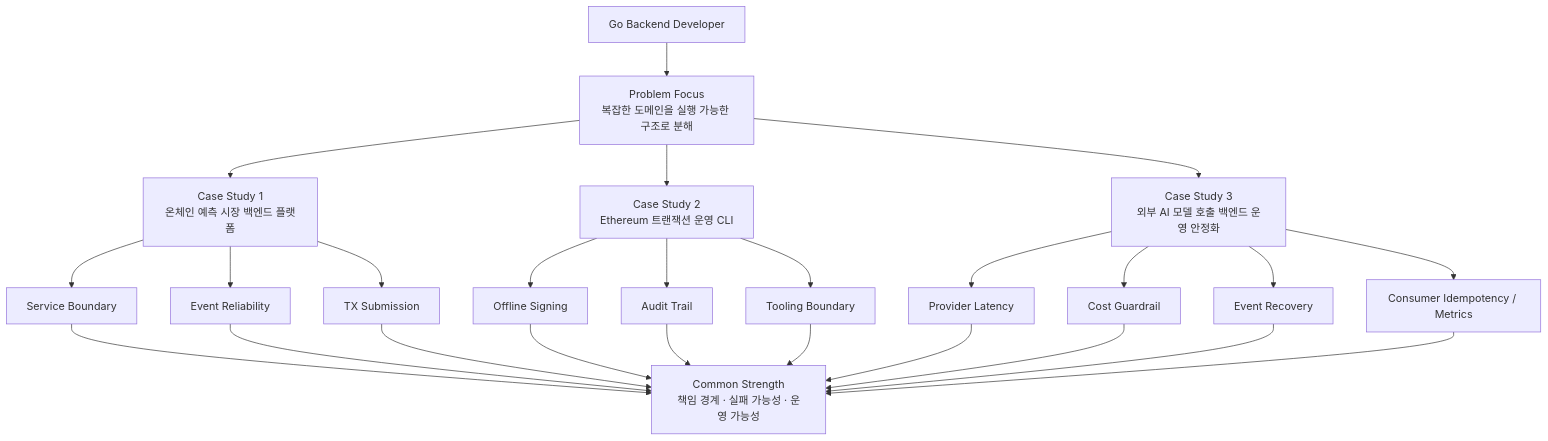
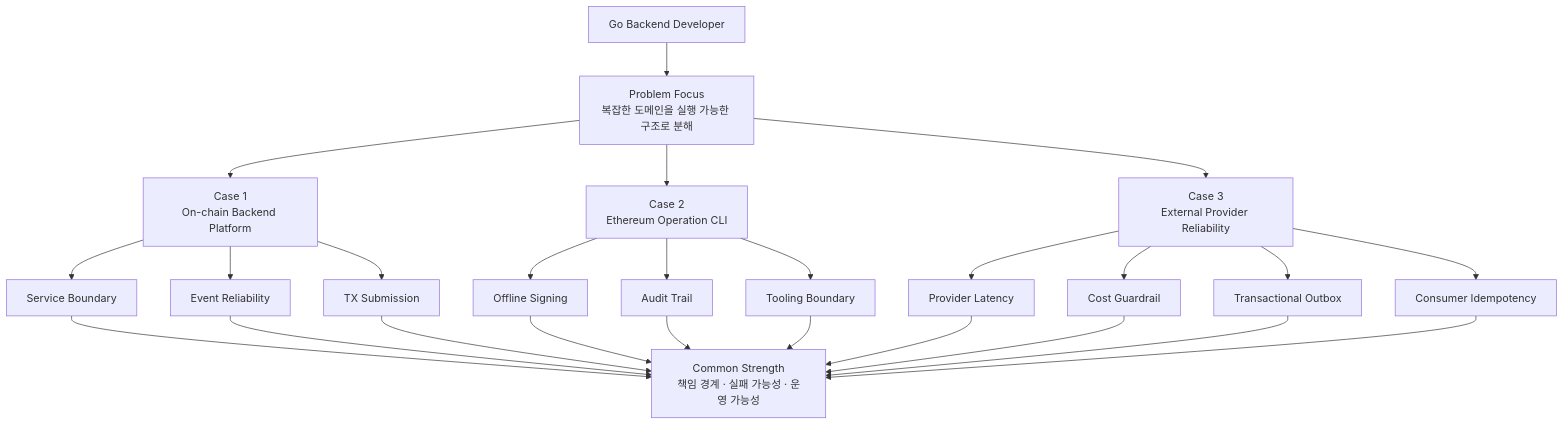
Before and after one commit to bang9ming9/bang9ming9: the first of 6 diagrams in README.md, drawn with Mermaid. The commit also changed other lines of this file and 1 other file, not shown here.

Commit message:
docs: strengthen external provider reliability case study

````diff
--- a/README.md
+++ b/README.md
@@ -20,32 +26,32 @@
 ```mermaid
 flowchart TD
     A[Go Backend Developer] --> B[Problem Focus<br/>복잡한 도메인을 실행 가능한 구조로 분해]
 
-    B --> C[Case Study 1<br/>온체인 예측 시장 백엔드 플랫폼]
-    B --> D[Case Study 2<br/>Ethereum 트랜잭션 운영 CLI]
-    B --> E[Case Study 3<br/>외부 AI 모델 호출 백엔드 운영 안정화]
+    B --> C[Case 1<br/>On-chain Backend Platform]
+    B --> D[Case 2<br/>Ethereum Operation CLI]
+    B --> E[Case 3<br/>External Provider Reliability]
 
     C --> C1[Service Boundary]
     C --> C2[Event Reliability]
     C --> C3[TX Submission]
 
     D --> D1[Offline Signing]
     D --> D2[Audit Trail]
     D --> D3[Tooling Boundary]
 
     E --> E1[Provider Latency]
     E --> E2[Cost Guardrail]
-    E --> E3[Event Recovery]
-    E --> E4[Consumer Idempotency / Metrics]
+    E --> E3[Transactional Outbox]
+    E --> E4[Consumer Idempotency]
 
     C1 --> F[Common Strength<br/>책임 경계 · 실패 가능성 · 운영 가능성]
     C2 --> F
     C3 --> F
     D1 --> F
     D2 --> F
     D3 --> F
     E1 --> F
     E2 --> F
     E3 --> F
     E4 --> F
 ```
````
